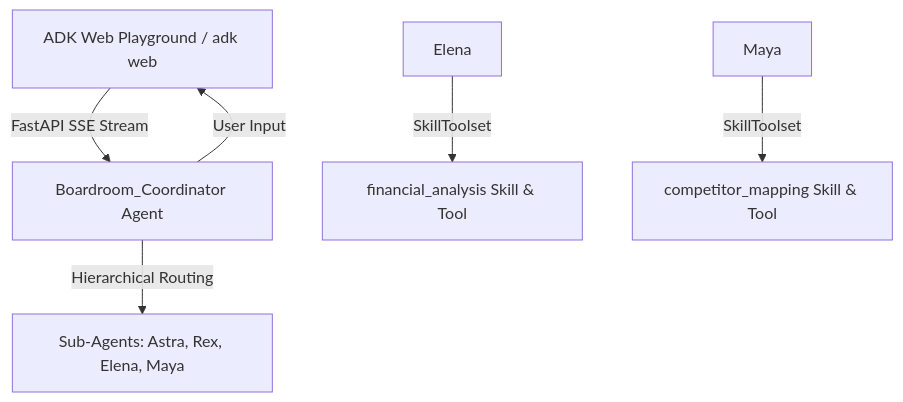
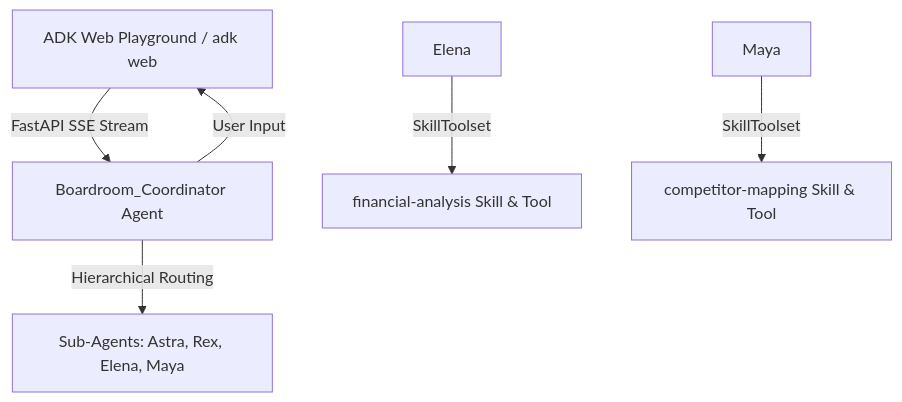
The second of 2 diagrams in README.md (rajeshreddy3299/VentureSandbox), drawn with Mermaid before and after one commit. The commit also changed other lines of this file and 3 other files, not shown here.

````diff
--- a/README.md
+++ b/README.md
@@ -37,8 +37,8 @@
 ```mermaid
 graph TD
     Playground["ADK Web Playground / adk web"] -->|FastAPI SSE Stream| Coord["Boardroom_Coordinator Agent"]
     Coord -->|User Input| Playground
     Coord -->|Hierarchical Routing| Sub["Sub-Agents: Astra, Rex, Elena, Maya"]
-    Elena -->|SkillToolset| Fin["financial_analysis Skill & Tool"]
-    Maya -->|SkillToolset| Comp["competitor_mapping Skill & Tool"]
+    Elena -->|SkillToolset| Fin["financial-analysis Skill & Tool"]
+    Maya -->|SkillToolset| Comp["competitor-mapping Skill & Tool"]
 ```
````
